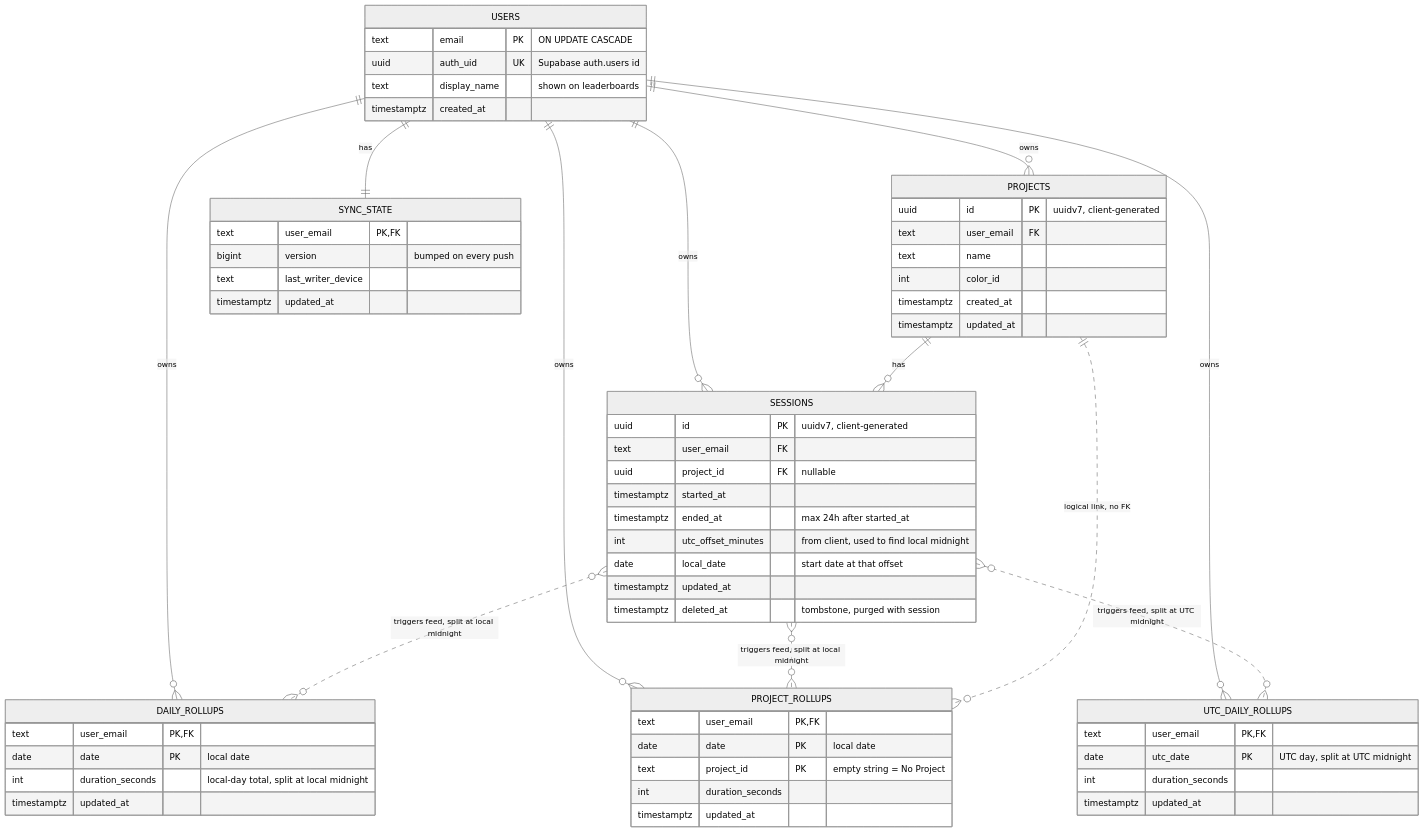
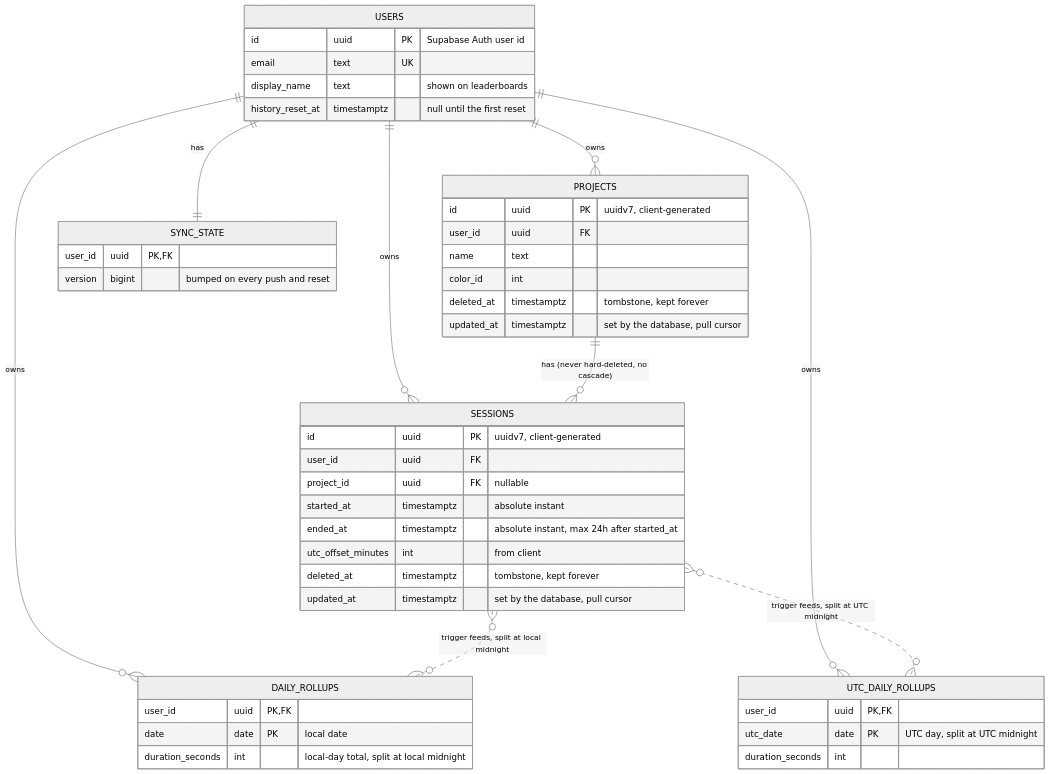
Before and after one commit to sardaar-niamotullah/tarkeez: the third of 3 diagrams in README.md, drawn with Mermaid (neutral theme). The commit also changed other lines of this file, not shown here.

Commit message:
docs: add data and sync architecture README

````diff
--- a/README.md
+++ b/README.md
@@ -168,65 +356,50 @@
 ```mermaid
 erDiagram
   USERS ||--o{ PROJECTS : owns
   USERS ||--o{ SESSIONS : owns
   USERS ||--o{ DAILY_ROLLUPS : owns
-  USERS ||--o{ PROJECT_ROLLUPS : owns
   USERS ||--o{ UTC_DAILY_ROLLUPS : owns
   USERS ||--|| SYNC_STATE : has
-  PROJECTS ||--o{ SESSIONS : "has"
-  SESSIONS }o..o{ DAILY_ROLLUPS : "triggers feed, split at local midnight"
-  SESSIONS }o..o{ PROJECT_ROLLUPS : "triggers feed, split at local midnight"
-  SESSIONS }o..o{ UTC_DAILY_ROLLUPS : "triggers feed, split at UTC midnight"
-  PROJECTS ||..o{ PROJECT_ROLLUPS : "logical link, no FK"
+  PROJECTS ||--o{ SESSIONS : "has (never hard-deleted, no cascade)"
+  SESSIONS }o..o{ DAILY_ROLLUPS : "trigger feeds, split at local midnight"
+  SESSIONS }o..o{ UTC_DAILY_ROLLUPS : "trigger feeds, split at UTC midnight"
 
   USERS {
-    text email PK "ON UPDATE CASCADE"
-    uuid auth_uid UK "Supabase auth.users id"
-    text display_name "shown on leaderboards"
-    timestamptz created_at
+    id uuid PK "Supabase Auth user id"
+    email text UK
+    display_name text "shown on leaderboards"
+    history_reset_at timestamptz "null until the first reset"
   }
   PROJECTS {
-    uuid id PK "uuidv7, client-generated"
-    text user_email FK
-    text name
-    int color_id
-    timestamptz created_at
-    timestamptz updated_at
+    id uuid PK "uuidv7, client-generated"
+    user_id uuid FK
+    name text
+    color_id int
+    deleted_at timestamptz "tombstone, kept forever"
+    updated_at timestamptz "set by the database, pull cursor"
   }
   SESSIONS {
-    uuid id PK "uuidv7, client-generated"
-    text user_email FK
-    uuid project_id FK "nullable"
-    timestamptz started_at
-    timestamptz ended_at "max 24h after started_at"
-    int utc_offset_minutes "from client, used to find local midnight"
-    date local_date "start date at that offset"
-    timestamptz updated_at
-    timestamptz deleted_at "tombstone, purged with session"
+    id uuid PK "uuidv7, client-generated"
+    user_id uuid FK
+    project_id uuid FK "nullable"
+    started_at timestamptz "absolute instant"
+    ended_at timestamptz "absolute instant, max 24h after started_at"
+    utc_offset_minutes int "from client"
+    deleted_at timestamptz "tombstone, kept forever"
+    updated_at timestamptz "set by the database, pull cursor"
   }
   DAILY_ROLLUPS {
-    text user_email PK, FK
+    user_id uuid PK, FK
     date date PK "local date"
-    int duration_seconds "local-day total, split at local midnight"
-    timestamptz updated_at
-  }
-  PROJECT_ROLLUPS {
-    text user_email PK, FK
-    date date PK "local date"
-    text project_id PK "empty string = No Project"
-    int duration_seconds
-    timestamptz updated_at
+    duration_seconds int "local-day total, split at local midnight"
   }
   UTC_DAILY_ROLLUPS {
-    text user_email PK, FK
-    date utc_date PK "UTC day, split at UTC midnight"
-    int duration_seconds
-    timestamptz updated_at
+    user_id uuid PK, FK
+    utc_date date PK "UTC day, split at UTC midnight"
+    duration_seconds int
   }
   SYNC_STATE {
-    text user_email PK, FK
-    bigint version "bumped on every push"
-    text last_writer_device
-    timestamptz updated_at
+    user_id uuid PK, FK
+    version bigint "bumped on every push and reset"
   }
 ```
````
